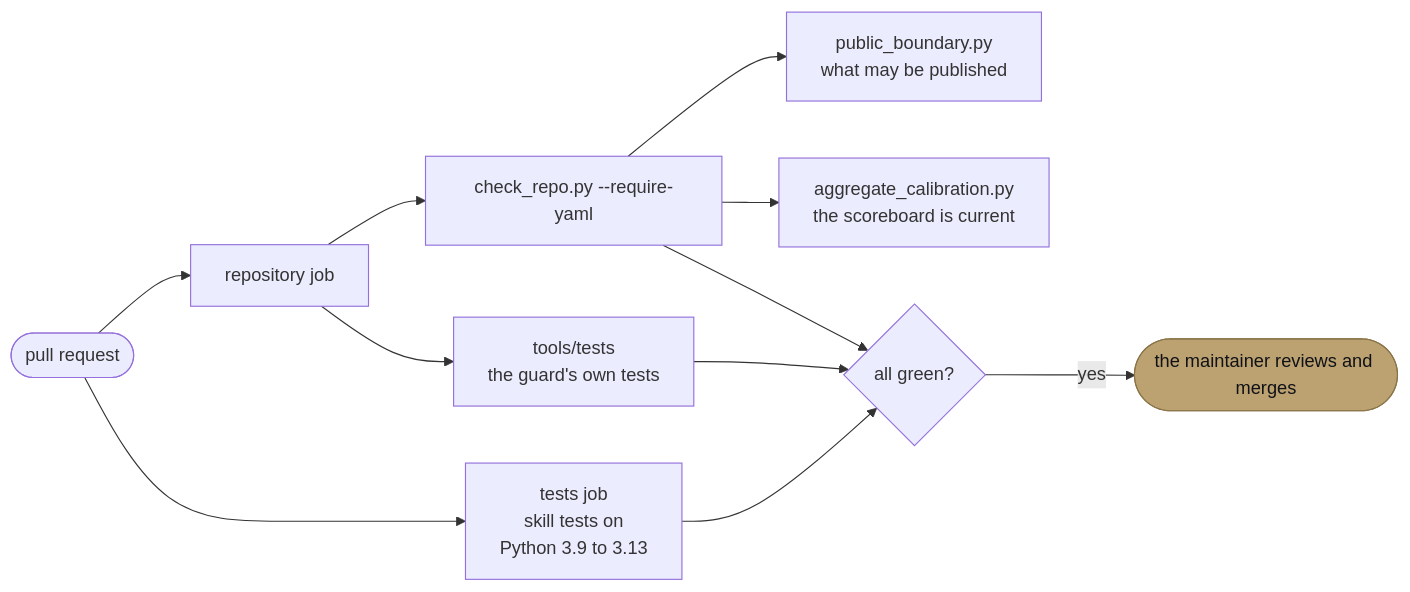
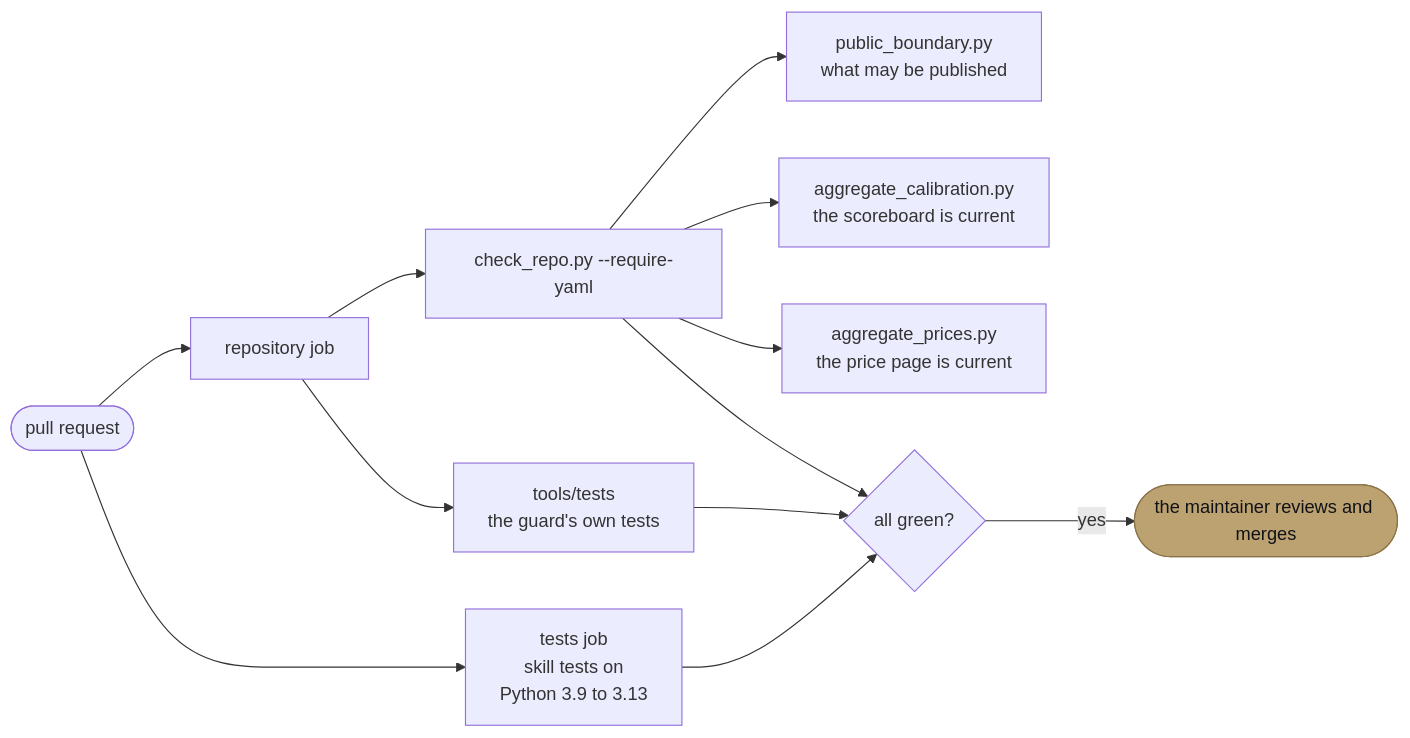
The first of 2 diagrams in tools/README.md (rniedson/higgsfield-director-pro-skill), drawn with Mermaid before and after one commit. The commit also changed other lines of this file and 11 other files, not shown here.

First line of the commit message:
A weekly price record, with a chart of how prices move (#39)

````diff
--- a/tools/README.md
+++ b/tools/README.md
@@ -7,13 +7,14 @@
 ```mermaid
 flowchart LR
     PR([pull request]) --> T[tests job<br/>skill tests on<br/>Python 3.9 to 3.13]
     PR --> R[repository job]
     R --> BT[tools/tests<br/>the guard's own tests]
     R --> CR[check_repo.py --require-yaml]
     CR --> PB[public_boundary.py<br/>what may be published]
     CR --> AG[aggregate_calibration.py<br/>the scoreboard is current]
+    CR --> AP[aggregate_prices.py<br/>the price page is current]
     T & BT & CR --> OK{all green?}
     OK -- yes --> M([the maintainer reviews and merges])
     classDef gold fill:#bca271,stroke:#8a7448,color:#101217
     class M gold
 ```
````
